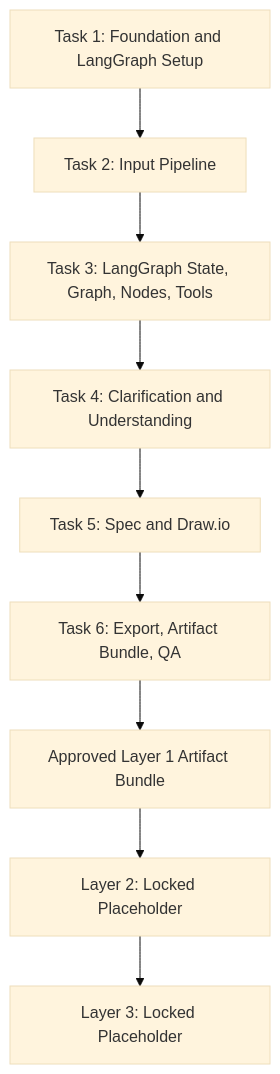
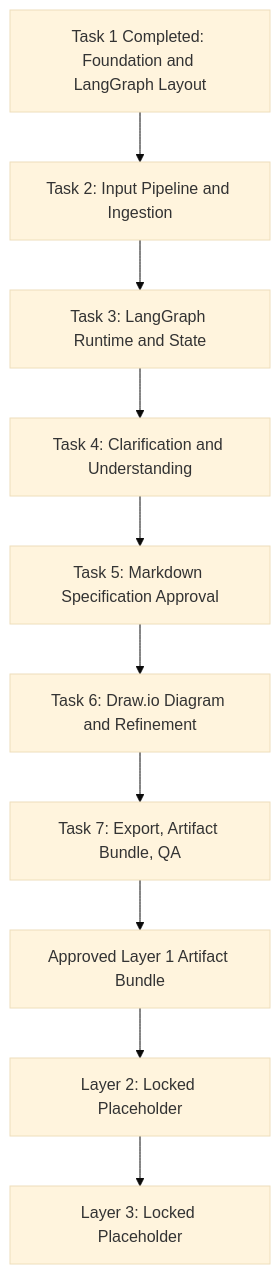
Before and after one commit to ProductMasterz/Mujarrad-Frontend: diagram 19 of 19 in Docs/system-design-detailed-plan.md, drawn with Mermaid (base theme). The commit also changed other lines of this file, not shown here.

Commit message:
Update system design implementation task roadmap

````diff
--- a/Docs/system-design-detailed-plan.md
+++ b/Docs/system-design-detailed-plan.md
@@ -3294,19 +3708,21 @@
 ```mermaid
 flowchart TD
-    T1[Task 1: Foundation and LangGraph Setup]
-    T2[Task 2: Input Pipeline]
-    T3[Task 3: LangGraph State, Graph, Nodes, Tools]
+    T1[Task 1 Completed: Foundation and LangGraph Layout]
+    T2[Task 2: Input Pipeline and Ingestion]
+    T3[Task 3: LangGraph Runtime and State]
     T4[Task 4: Clarification and Understanding]
-    T5[Task 5: Spec and Draw.io]
-    T6[Task 6: Export, Artifact Bundle, QA]
+    T5[Task 5: Markdown Specification Approval]
+    T6[Task 6: Draw.io Diagram and Refinement]
+    T7[Task 7: Export, Artifact Bundle, QA]
 
     T1 --> T2
     T2 --> T3
     T3 --> T4
     T4 --> T5
     T5 --> T6
+    T6 --> T7
 
-    T6 --> A[Approved Layer 1 Artifact Bundle]
+    T7 --> A[Approved Layer 1 Artifact Bundle]
     A --> L2[Layer 2: Locked Placeholder]
     L2 --> L3[Layer 3: Locked Placeholder]
 ```
````
